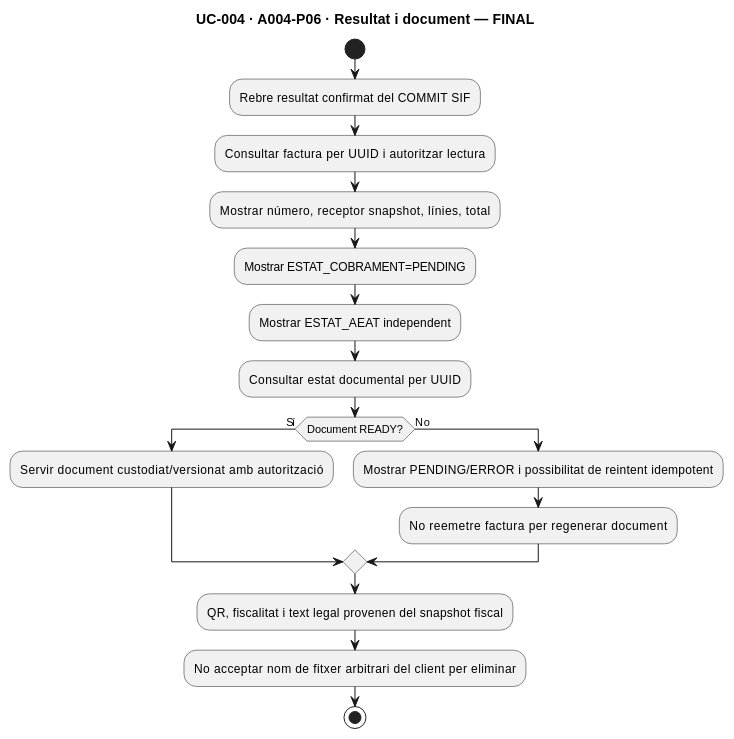
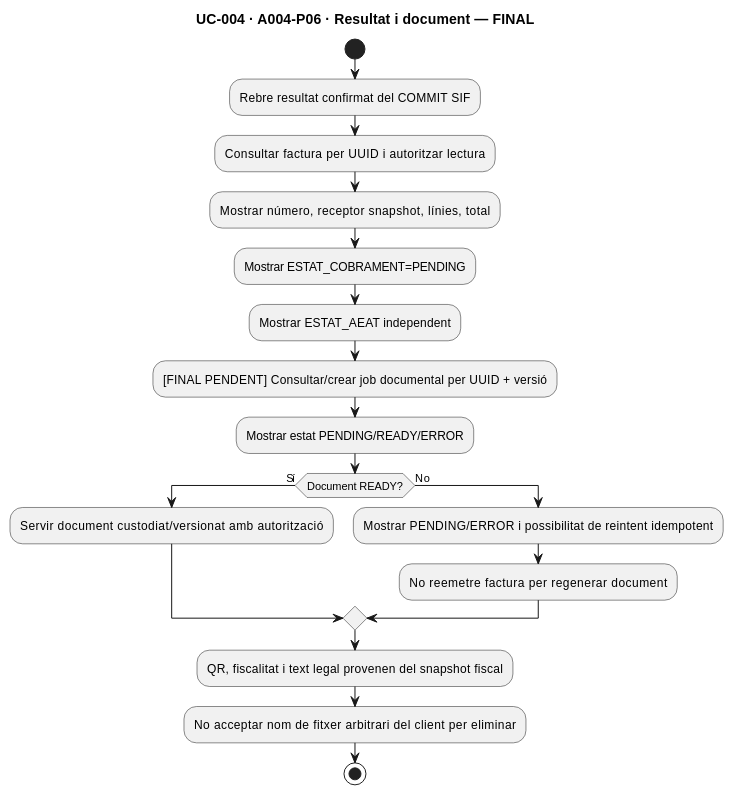
One commit to orgmeriemprismacat-del/verifactu changed diagram 14 of 14 in documentacio/07-uml-integrat/uc-004-activitats-actual-final.md. Above: the diagram before and after it, drawn with PlantUML. The commit also changed other lines of this file, not shown here.

Commit message:
docs(UC-004): revalidar 14 activitats ACTUAL FINAL

````diff
--- a/documentacio/07-uml-integrat/uc-004-activitats-actual-final.md
+++ b/documentacio/07-uml-integrat/uc-004-activitats-actual-final.md
@@ -477,21 +499,22 @@
 ```plantuml
 @startuml
 title UC-004 · A004-P06 · Resultat i document — FINAL
 start
 :Rebre resultat confirmat del COMMIT SIF;
 :Consultar factura per UUID i autoritzar lectura;
 :Mostrar número, receptor snapshot, línies, total;
 :Mostrar ESTAT_COBRAMENT=PENDING;
 :Mostrar ESTAT_AEAT independent;
-:Consultar estat documental per UUID;
+:[FINAL PENDENT] Consultar/crear job documental per UUID + versió;
+:Mostrar estat PENDING/READY/ERROR;
 if (Document READY?) then (Sí)
   :Servir document custodiat/versionat amb autorització;
 else (No)
   :Mostrar PENDING/ERROR i possibilitat de reintent idempotent;
   :No reemetre factura per regenerar document;
 endif
 :QR, fiscalitat i text legal provenen del snapshot fiscal;
 :No acceptar nom de fitxer arbitrari del client per eliminar;
 stop
 @enduml
 ```
````
